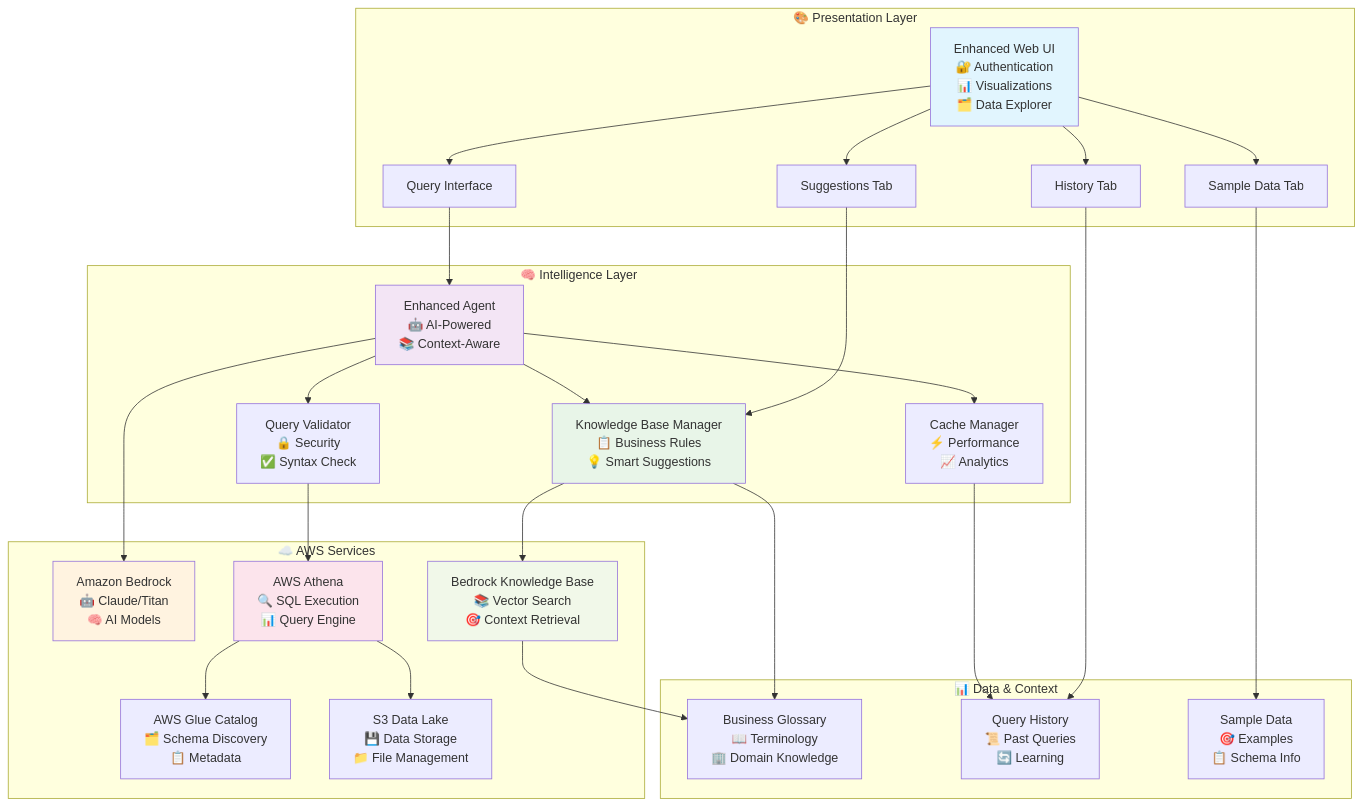
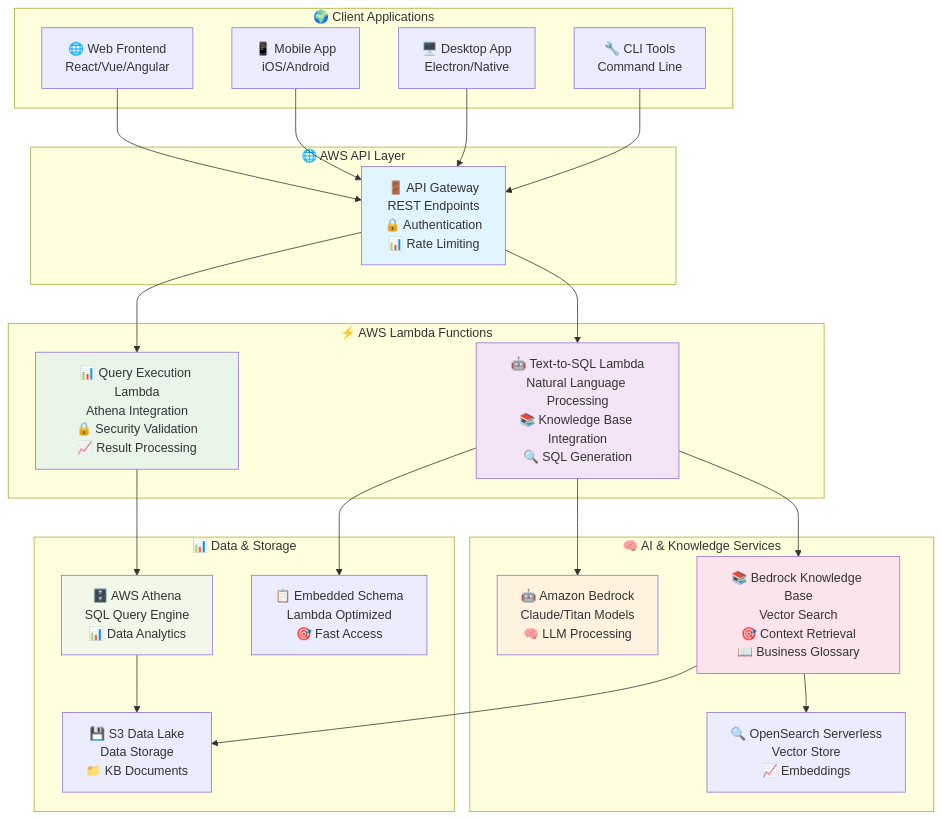
Before and after one commit to ashokkumar261261/text-to-sql-agent: the first of 2 diagrams in README.md, drawn with Mermaid. The commit also changed other lines of this file, not shown here.

First line of the commit message:
docs: Update README to reflect serverless architecture with AWS Lambda + API Gateway

````diff
--- a/README.md
+++ b/README.md
@@ -109,58 +177,51 @@
 ```mermaid
 graph TB
-    subgraph "🎨 Presentation Layer"
-        A[Enhanced Web UI<br/>🔐 Authentication<br/>📊 Visualizations<br/>🗂️ Data Explorer]
-        A1[Query Interface]
-        A2[Suggestions Tab]
-        A3[History Tab]
-        A4[Sample Data Tab]
-        A --> A1
-        A --> A2
-        A --> A3
-        A --> A4
+    subgraph "🌍 Client Applications"
+        A[🌐 Web Frontend<br/>React/Vue/Angular]
+        B[📱 Mobile App<br/>iOS/Android]
+        C[🖥️ Desktop App<br/>Electron/Native]
+        D[🔧 CLI Tools<br/>Command Line]
     end
     
-    subgraph "🧠 Intelligence Layer"
-        B[Enhanced Agent<br/>🤖 AI-Powered<br/>📚 Context-Aware]
-        C[Knowledge Base Manager<br/>📋 Business Rules<br/>💡 Smart Suggestions]
-        D[Query Validator<br/>🔒 Security<br/>✅ Syntax Check]
-        E[Cache Manager<br/>⚡ Performance<br/>📈 Analytics]
+    subgraph "🌐 AWS API Layer"
+        E[🚪 API Gateway<br/>REST Endpoints<br/>🔒 Authentication<br/>📊 Rate Limiting]
     end
     
-    subgraph "☁️ AWS Services"
-        F[Amazon Bedrock<br/>🤖 Claude/Titan<br/>🧠 AI Models]
-        G[Bedrock Knowledge Base<br/>📚 Vector Search<br/>🎯 Context Retrieval]
-        H[AWS Athena<br/>🔍 SQL Execution<br/>📊 Query Engine]
-        I[AWS Glue Catalog<br/>🗂️ Schema Discovery<br/>📋 Metadata]
-        J[S3 Data Lake<br/>💾 Data Storage<br/>📁 File Management]
+    subgraph "⚡ AWS Lambda Functions"
+        F[🤖 Text-to-SQL Lambda<br/>Natural Language Processing<br/>📚 Knowledge Base Integration<br/>🔍 SQL Generation]
+        G[📊 Query Execution Lambda<br/>Athena Integration<br/>🔒 Security Validation<br/>📈 Result Processing]
     end
     
-    subgraph "📊 Data & Context"
-        K[Business Glossary<br/>📖 Terminology<br/>🏢 Domain Knowledge]
-        L[Query History<br/>📜 Past Queries<br/>🔄 Learning]
-        M[Sample Data<br/>🎯 Examples<br/>📋 Schema Info]
+    subgraph "🧠 AI & Knowledge Services"
+        H[🤖 Amazon Bedrock<br/>Claude/Titan Models<br/>🧠 LLM Processing]
+        I[📚 Bedrock Knowledge Base<br/>Vector Search<br/>🎯 Context Retrieval<br/>📖 Business Glossary]
+        J[🔍 OpenSearch Serverless<br/>Vector Store<br/>📈 Embeddings]
     end
     
-    A1 --> B
-    A2 --> C
-    A3 --> L
-    A4 --> M
-    B --> C
-    B --> D
+    subgraph "📊 Data & Storage"
+        K[🗄️ AWS Athena<br/>SQL Query Engine<br/>📊 Data Analytics]
+        L[💾 S3 Data Lake<br/>Data Storage<br/>📁 KB Documents]
+        M[📋 Embedded Schema<br/>Lambda Optimized<br/>🎯 Fast Access]
+    end
+    
+    A --> E
     B --> E
-    B --> F
-    C --> G
-    C --> K
-    D --> H
-    H --> I
-    H --> J
+    C --> E
+    D --> E
+    E --> F
+    E --> G
+    F --> H
+    F --> I
+    F --> M
     G --> K
-    E --> L
+    I --> J
+    I --> L
+    K --> L
     
-    style A fill:#e1f5fe
-    style B fill:#f3e5f5
-    style C fill:#e8f5e8
-    style F fill:#fff3e0
-    style G fill:#f1f8e9
-    style H fill:#fce4ec
+    style E fill:#e1f5fe
+    style F fill:#f3e5f5
+    style G fill:#e8f5e8
+    style H fill:#fff3e0
+    style I fill:#fce4ec
+    style K fill:#f1f8e9
 ```
````
